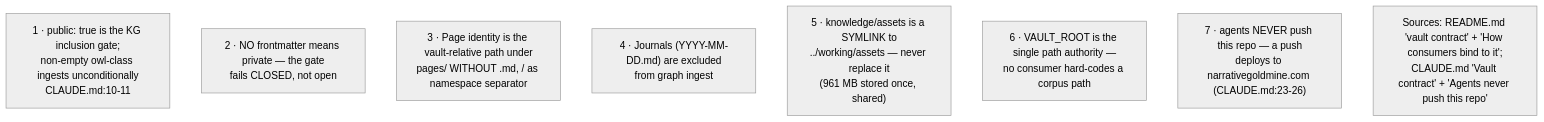
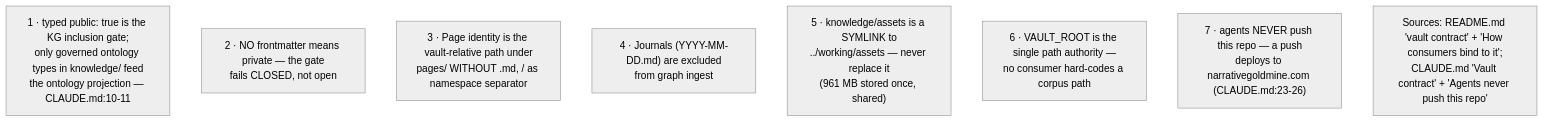
Before and after one commit to DreamLab-AI/VisionFlow: the first of 4 diagrams in docs/diagrams/visiongraph/05-invariants-register.md, drawn with Mermaid (neutral theme). The commit also changed other lines of this file and 94 other files, not shown here.

First line of the commit message:
docs(diagrams): re-verify 130 topics against 2 October HEADs

````diff
--- a/docs/diagrams/visiongraph/05-invariants-register.md
+++ b/docs/diagrams/visiongraph/05-invariants-register.md
@@ -19,11 +20,11 @@
 ```mermaid
 flowchart TB
-    I1["1 · public: true is the KG inclusion gate;<br/>non-empty owl-class ingests unconditionally<br/>CLAUDE.md:10-11"]
+    I1["1 · typed public: true is the KG inclusion gate;<br/>only governed ontology types in knowledge#47; feed<br/>the ontology projection — CLAUDE.md:10-11"]
     I2["2 · NO frontmatter means private — the gate<br/>fails CLOSED, not open"]
     I3["3 · Page identity is the vault-relative path under<br/>pages/ WITHOUT .md, / as namespace separator"]
     I4["4 · Journals #40;YYYY-MM-DD.md#41; are excluded<br/>from graph ingest"]
     I5["5 · knowledge/assets is a SYMLINK to<br/>../working/assets — never replace it<br/>#40;961 MB stored once, shared#41;"]
     I6["6 · VAULT_ROOT is the single path authority —<br/>no consumer hard-codes a corpus path"]
     I7["7 · agents NEVER push this repo — a push<br/>deploys to narrativegoldmine.com #40;CLAUDE.md:23-26#41;"]
     note1["Sources: README.md 'vault contract' + 'How consumers bind to it';<br/>CLAUDE.md 'Vault contract' + 'Agents never push this repo'"]
 ```
````
